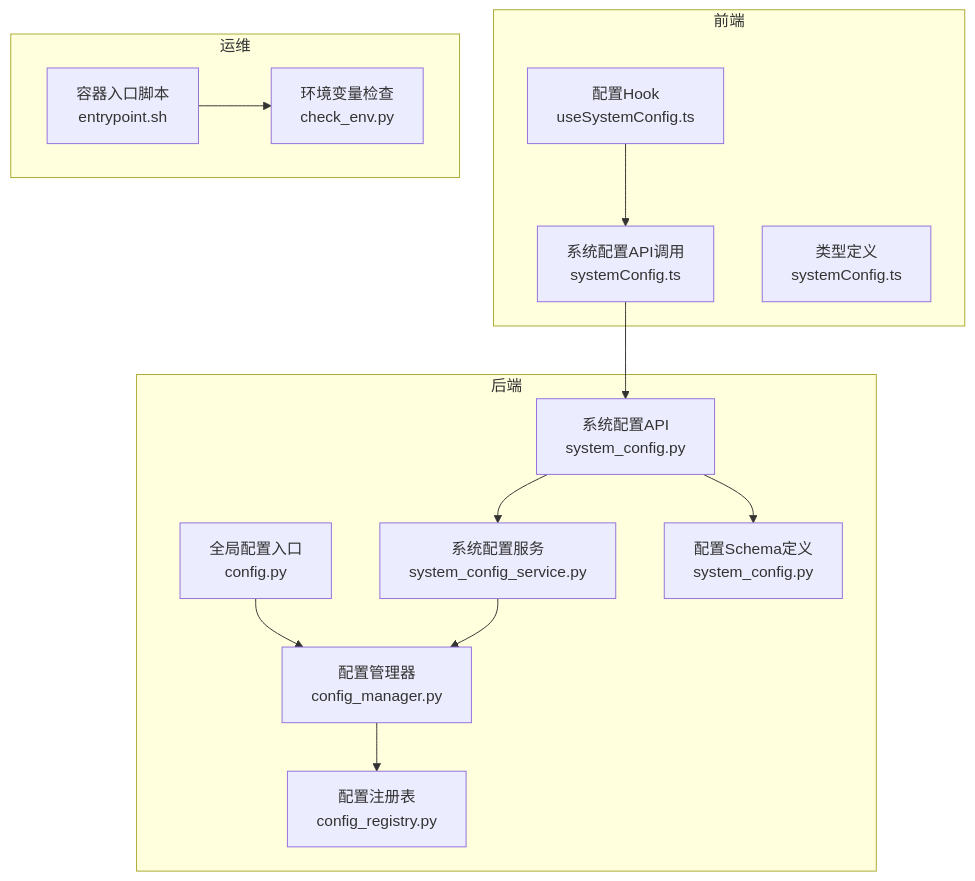
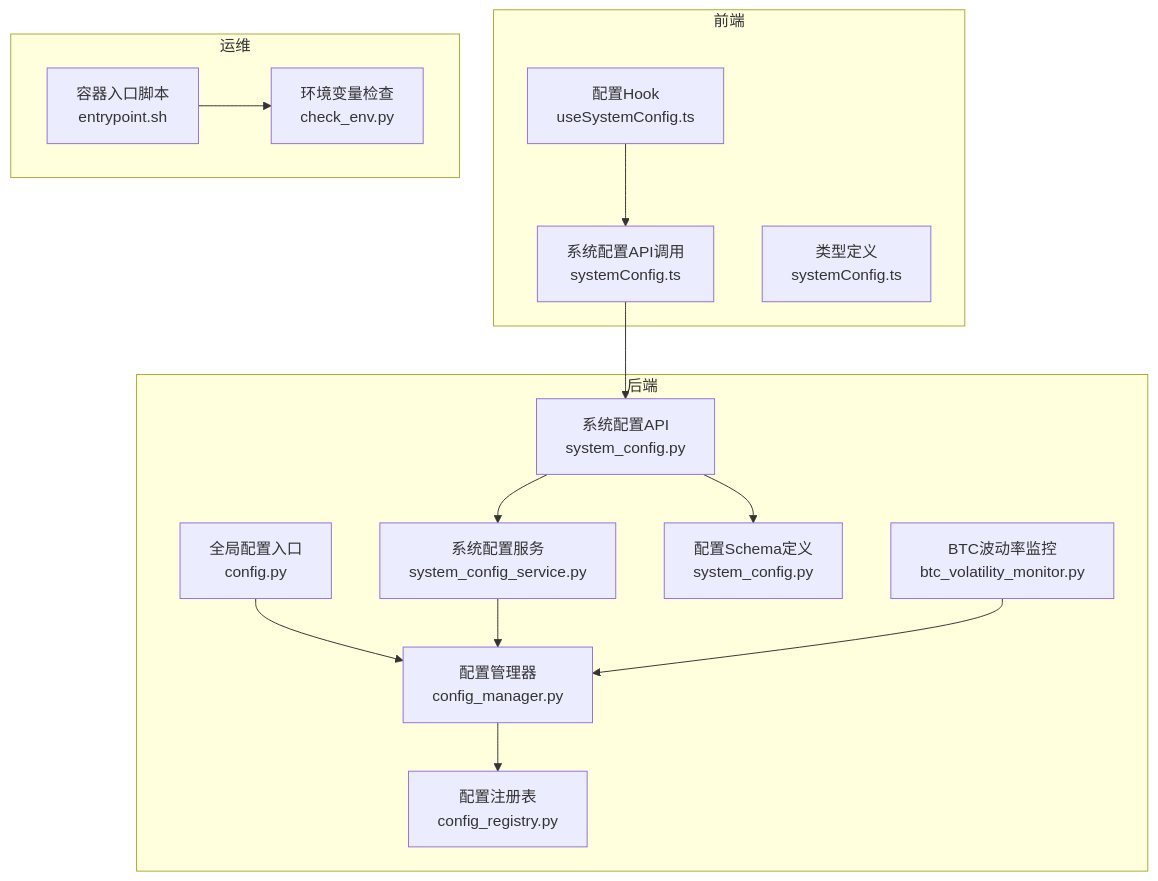
The first of 5 diagrams in .qoder/repowiki/zh/content/配置管理.md (anYaoooo/daily_stock_analysis), drawn with Mermaid before and after one commit. The commit also changed other lines of this file and 148 other files, not shown here.

````diff
--- a/.qoder/repowiki/zh/content/配置管理.md
+++ b/.qoder/repowiki/zh/content/配置管理.md
@@ -45,28 +56,30 @@
 ```mermaid
 graph TB
 subgraph "后端"
 CM["配置管理器<br/>config_manager.py"]
 CR["配置注册表<br/>config_registry.py"]
 CFG["全局配置入口<br/>config.py"]
 Svc["系统配置服务<br/>system_config_service.py"]
 API["系统配置API<br/>system_config.py"]
 Schema["配置Schema定义<br/>system_config.py"]
+BVM["BTC波动率监控<br/>btc_volatility_monitor.py"]
 end
 subgraph "前端"
 FE_API["系统配置API调用<br/>systemConfig.ts"]
 Hook["配置Hook<br/>useSystemConfig.ts"]
 Types["类型定义<br/>systemConfig.ts"]
 end
 subgraph "运维"
 EnvCheck["环境变量检查<br/>check_env.py"]
 Entrypoint["容器入口脚本<br/>entrypoint.sh"]
 end
 CM --> CR
 CFG --> CM
 Svc --> CM
 API --> Svc
 API --> Schema
 FE_API --> API
 Hook --> FE_API
 Entrypoint --> EnvCheck
+BVM --> CM
 ```
````
